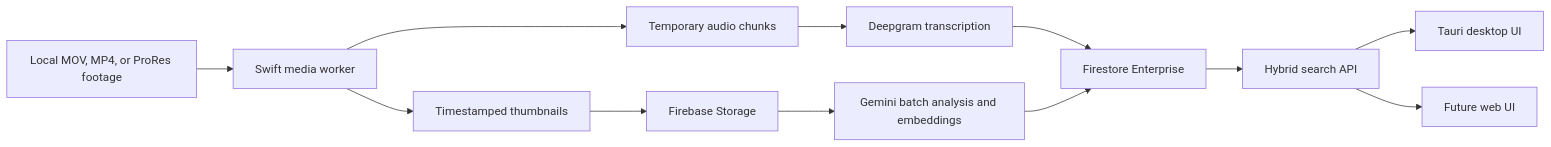
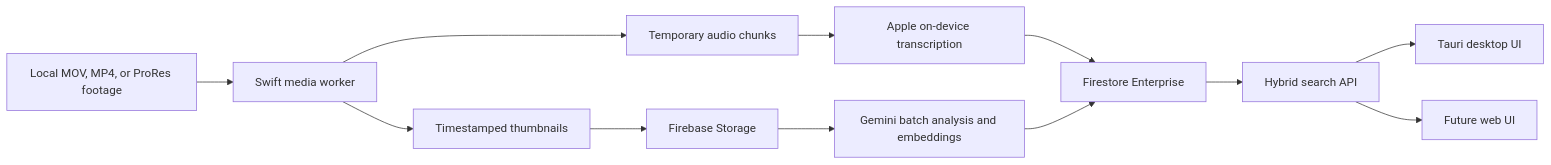
Before and after one commit to MoritzVT/Docubase: the diagram in PLAN.md, drawn with Mermaid. The commit also changed other lines of this file and 30 other files, not shown here.

Commit message:
- Replaced DeepGram transcription with local Apple Speech Analyzer transcription, significantly reducing costs to 0$ / hr.

````diff
--- a/PLAN.md
+++ b/PLAN.md
@@ -9,14 +9,14 @@
 ```mermaid
 flowchart LR
     A["Local MOV, MP4, or ProRes footage"] --> B["Swift media worker"]
     B --> C["Temporary audio chunks"]
     B --> D["Timestamped thumbnails"]
-    C --> E["Deepgram transcription"]
+    C --> E["Apple on-device transcription"]
     D --> F["Firebase Storage"]
     F --> G["Gemini batch analysis and embeddings"]
     E --> H["Firestore Enterprise"]
     G --> H
     H --> I["Hybrid search API"]
     I --> J["Tauri desktop UI"]
     I --> K["Future web UI"]
 ```
````
